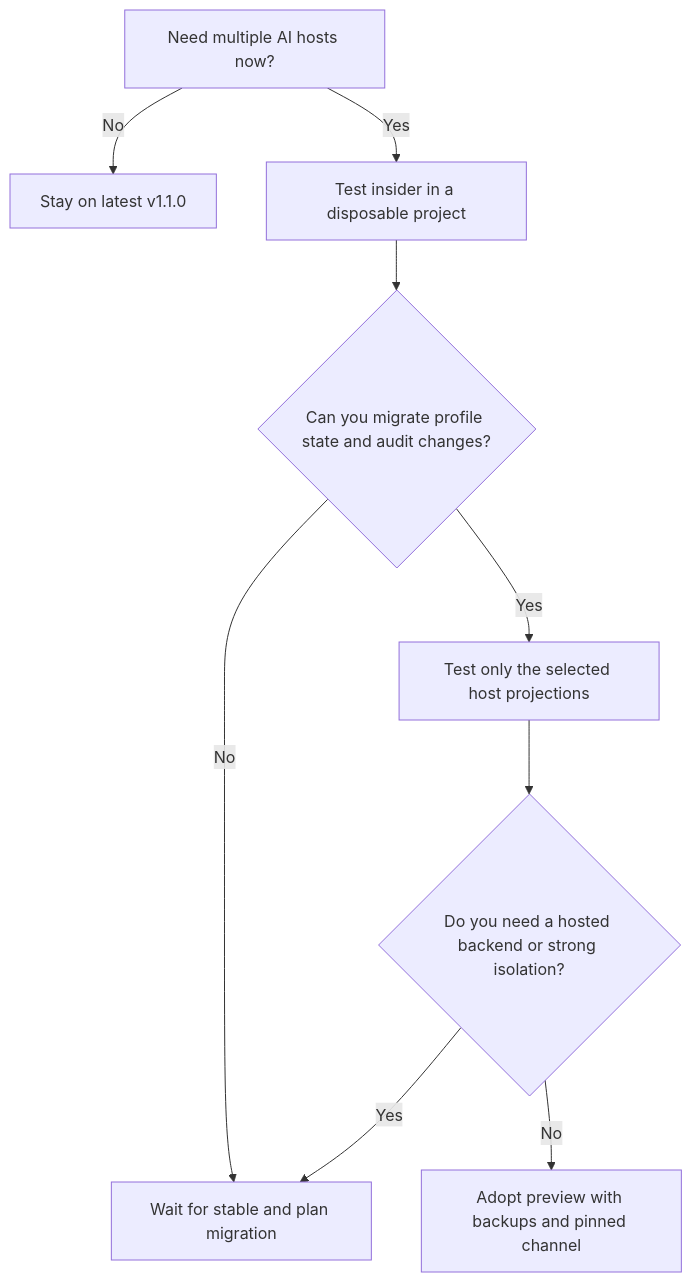
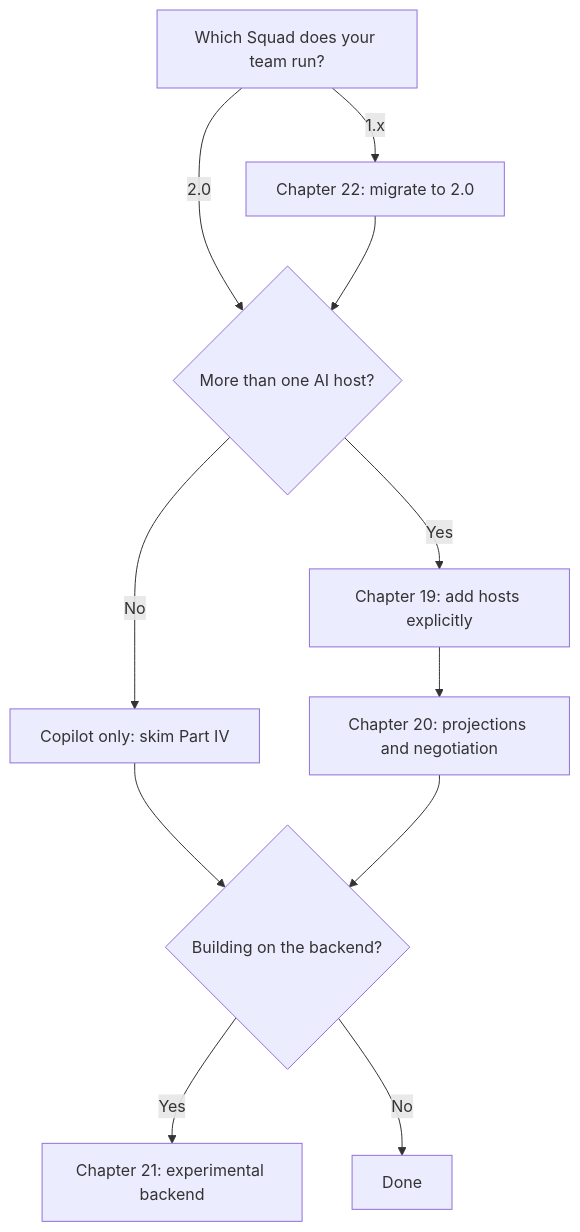
Before and after one commit to cwoodruff/squad-book: the second of 2 diagrams in book/vol2/part-04/ch18-squad-2-overview.md, drawn with Mermaid. The commit also changed other lines of this file and 89 other files, not shown here.

````diff
--- a/book/vol2/part-04/ch18-squad-2-overview.md
+++ b/book/vol2/part-04/ch18-squad-2-overview.md
@@ -199,11 +247,13 @@
 ```mermaid
 flowchart TD
-    start["Need multiple AI hosts now?"] -->|No| stable["Stay on latest v1.1.0"]
-    start -->|Yes| disposable["Test insider in a disposable project"]
-    disposable --> migration{"Can you migrate profile state and audit changes?"}
-    migration -->|No| wait["Wait for stable and plan migration"]
-    migration -->|Yes| test["Test only the selected host projections"]
-    test --> security{"Do you need a hosted backend or strong isolation?"}
-    security -->|Yes| wait
-    security -->|No| preview["Adopt preview with backups and pinned channel"]
+    start["Which Squad does your team run?"] -->|"1.x"| migrate["Chapter 22: migrate to 2.0"]
+    start -->|"2.0"| hosts{"More than one AI host?"}
+    migrate --> hosts
+    hosts -->|No| copilot["Copilot only: skim Part IV"]
+    hosts -->|Yes| clients["Chapter 19: add hosts explicitly"]
+    clients --> internals["Chapter 20: projections and negotiation"]
+    copilot --> backend{"Building on the backend?"}
+    internals --> backend
+    backend -->|Yes| state["Chapter 21: experimental backend"]
+    backend -->|No| done["Done"]
 ```
````
